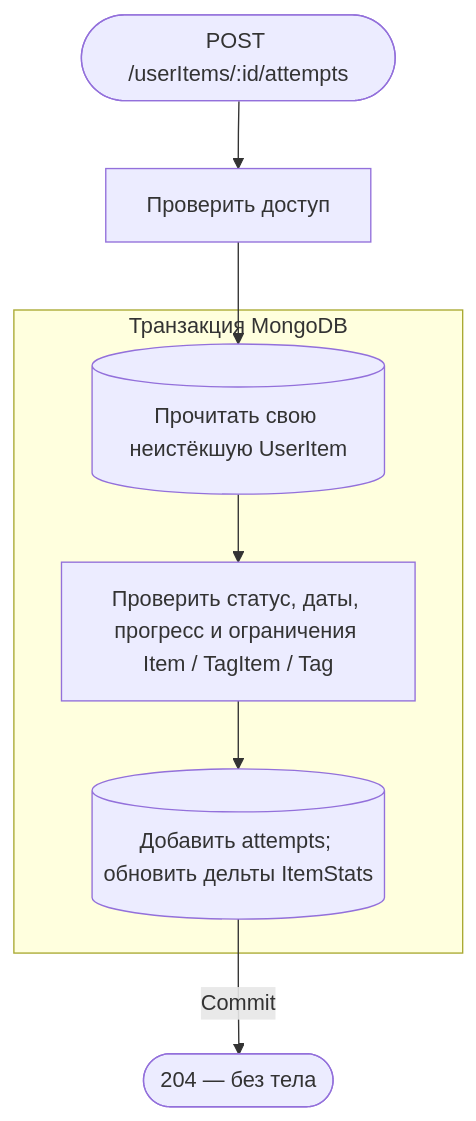
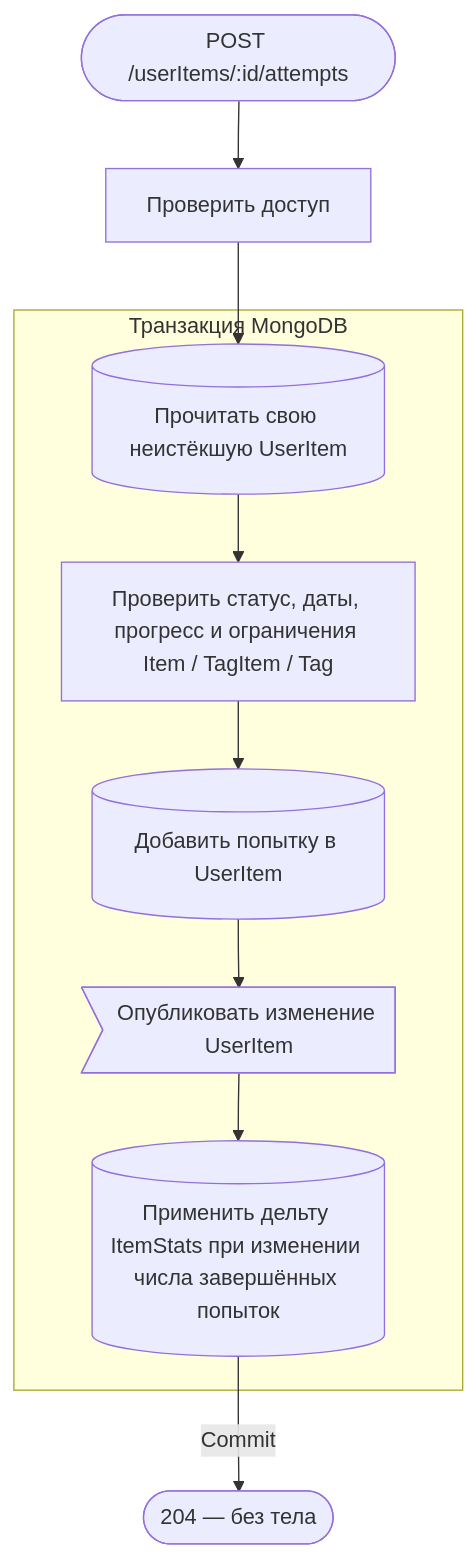
One commit to AmyGrooove/f95-tinder changed the eighth of 9 diagrams in apps/api/public/docs/api/requestFlows/userItems.md. Above: the diagram before and after it, drawn with Mermaid. The commit also changed other lines of this file and 50 other files, not shown here.

````diff
--- a/apps/api/public/docs/api/requestFlows/userItems.md
+++ b/apps/api/public/docs/api/requestFlows/userItems.md
@@ -194,13 +199,15 @@
 ```mermaid
 flowchart TD
     accTitle: Добавление попытки просмотра
-    accDescr: Проверить собственную запись, статус и ограничения попытки, сохранить UserItem и статистику в транзакции и вернуть запись
+    accDescr: Проверить собственную запись, статус и ограничения попытки, сохранить UserItem и статистику в транзакции
     A(["POST /userItems/:id/attempts"]):::http --> B["Проверить доступ"]:::action
     subgraph TX["Транзакция MongoDB"]
         C[("Прочитать свою неистёкшую UserItem")]:::data
         C --> D["Проверить статус, даты, прогресс и ограничения Item / TagItem / Tag"]:::action
-        D --> E[("Добавить attempts; обновить дельты ItemStats")]:::data
+        D --> E[("Добавить попытку в UserItem")]:::data
+        E --> V>"Опубликовать изменение UserItem"]:::event
+        V --> S[("Применить дельту ItemStats при изменении числа завершённых попыток")]:::data
     end
     B --> C
-    E -->|Commit| R(["204 — без тела"]):::http
+    S -->|Commit| R(["204 — без тела"]):::http
 ```
````
